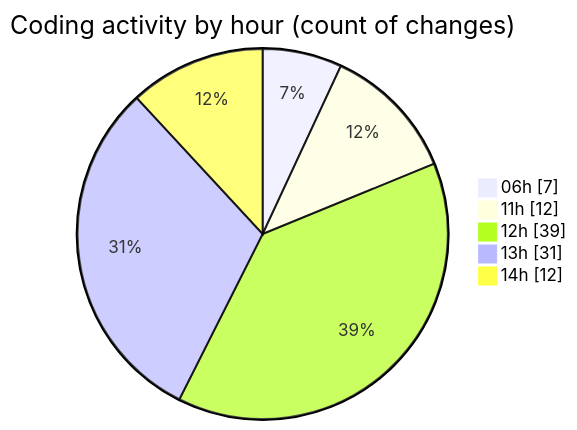
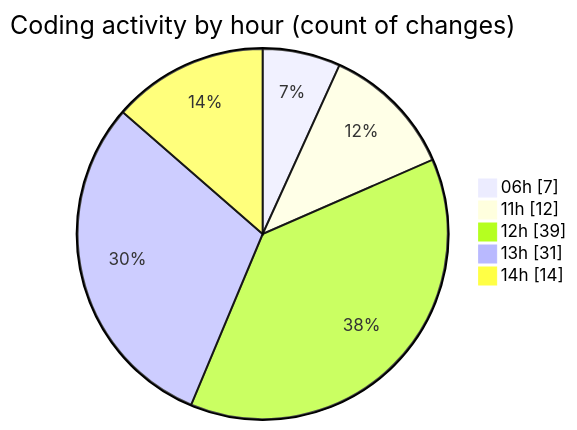
One commit to EIIisD/code-tracking changed the second of 2 diagrams in 2025-07-14/ribbon/README.md. Above: the diagram before and after it, drawn with Mermaid. The commit also changed other lines of this file and 1 other file, not shown here.

````diff
--- a/2025-07-14/ribbon/README.md
+++ b/2025-07-14/ribbon/README.md
@@ -61,9 +61,9 @@
 ```mermaid
 pie showData
 title Coding activity by hour (count of changes)
 "06h" : 7
 "11h" : 12
 "12h" : 39
 "13h" : 31
-"14h" : 12
+"14h" : 14
 ```
````
